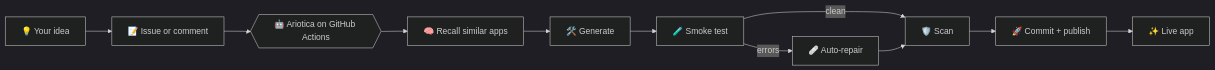
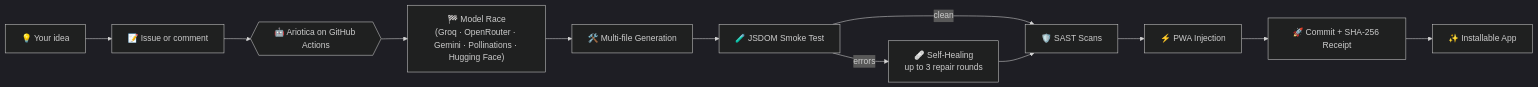
One commit to suryasticsai/Ariotica changed the diagram in README.md. Above: the diagram before and after it, drawn with Mermaid (dark theme). The commit also changed other lines of this file, not shown here.

````diff
--- a/README.md
+++ b/README.md
@@ -60,13 +45,14 @@
 ```mermaid
 flowchart LR
   A["💡 Your idea"] --> B["📝 Issue or comment"]
   B --> C{{"🤖 Ariotica on GitHub Actions"}}
-  C --> D["🧠 Recall similar apps"]
-  D --> E["🛠️ Generate"]
-  E --> F["🧪 Smoke test"]
-  F -->|clean| H["🛡️ Scan"]
-  F -->|errors| G["🩹 Auto-repair"]
+  C --> D["🏁 Model Race<br/>(Groq · OpenRouter · Gemini · Pollinations · Hugging Face)"]
+  D --> E["🛠️ Multi-file Generation"]
+  E --> F["🧪 JSDOM Smoke Test"]
+  F -->|clean| H["🛡️ SAST Scans"]
+  F -->|errors| G["🩹 Self-Healing<br/>up to 3 repair rounds"]
   G --> H
-  H --> I["🚀 Commit + publish"]
-  I --> J["✨ Live app"]
+  H --> I["⚡ PWA Injection"]
+  I --> J["🚀 Commit + SHA-256 Receipt"]
+  J --> K["✨ Installable App"]
 ```
````
